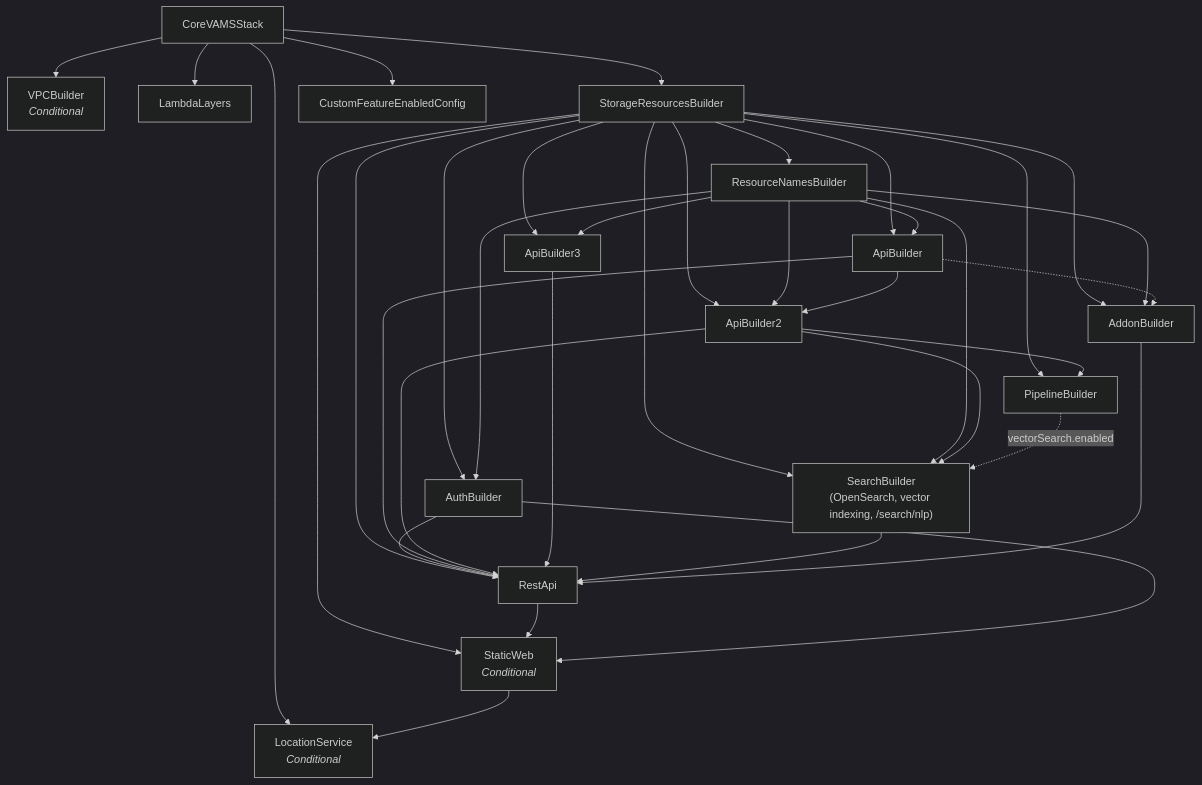
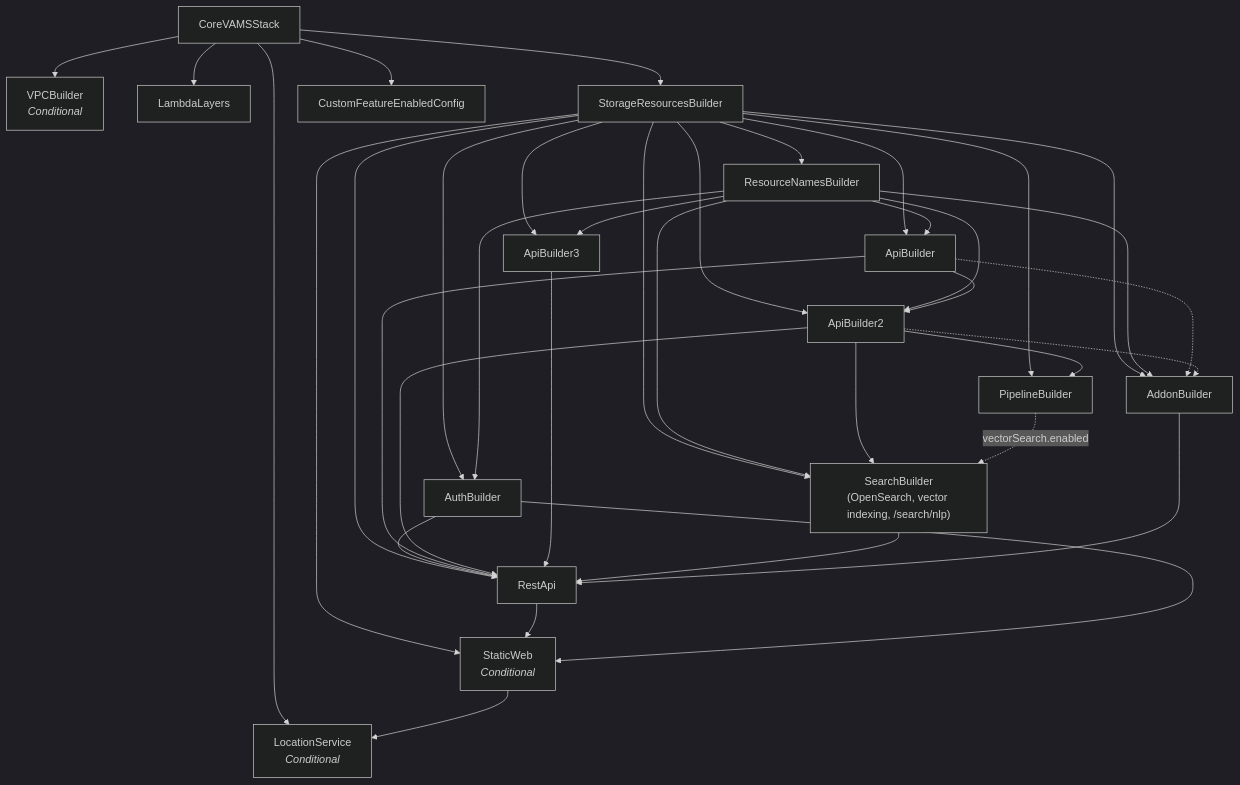
Before and after one commit to awslabs/visual-asset-management-system: the sixth of 6 diagrams in documentation/docusaurus-site/docs/architecture/details.md, drawn with Mermaid (dark theme). The commit also changed other lines of this file and 242 other files, not shown here.

````diff
--- a/documentation/docusaurus-site/docs/architecture/details.md
+++ b/documentation/docusaurus-site/docs/architecture/details.md
@@ -327,50 +328,51 @@
 ```mermaid
 graph TD
     Core["CoreVAMSStack"]
 
     Core --> VPC["VPCBuilder<br/><i>Conditional</i>"]
     Core --> LL["LambdaLayers"]
     Core --> SRB["StorageResourcesBuilder"]
     Core --> LS["LocationService<br/><i>Conditional</i>"]
     Core --> FE["CustomFeatureEnabledConfig"]
 
     SRB --> RNB["ResourceNamesBuilder"]
 
     SRB --> AB["AuthBuilder"]
     RNB --> AB
 
     SRB --> APIBuild["ApiBuilder"]
     RNB --> APIBuild
 
     SRB --> APIBuild3["ApiBuilder3"]
     RNB --> APIBuild3
 
     SRB --> APIBuild2["ApiBuilder2"]
     RNB --> APIBuild2
     APIBuild --> APIBuild2
 
     SRB --> SearchB["SearchBuilder<br/>(OpenSearch, vector indexing, /search/nlp)"]
     RNB --> SearchB
     APIBuild2 --> SearchB
 
     SRB --> PB["PipelineBuilder"]
     APIBuild2 --> PB
     PB -.->|vectorSearch.enabled| SearchB
 
     SRB --> Addon["AddonBuilder"]
     RNB --> Addon
     APIBuild -.-> Addon
+    APIBuild2 -.-> Addon
 
     SRB --> REST["RestApi"]
     AB --> REST
     APIBuild --> REST
     APIBuild2 --> REST
     APIBuild3 --> REST
     SearchB --> REST
     Addon --> REST
 
     SRB --> SW["StaticWeb<br/><i>Conditional</i>"]
     REST --> SW
     AB --> SW
     SW --> LS
 ```
````
